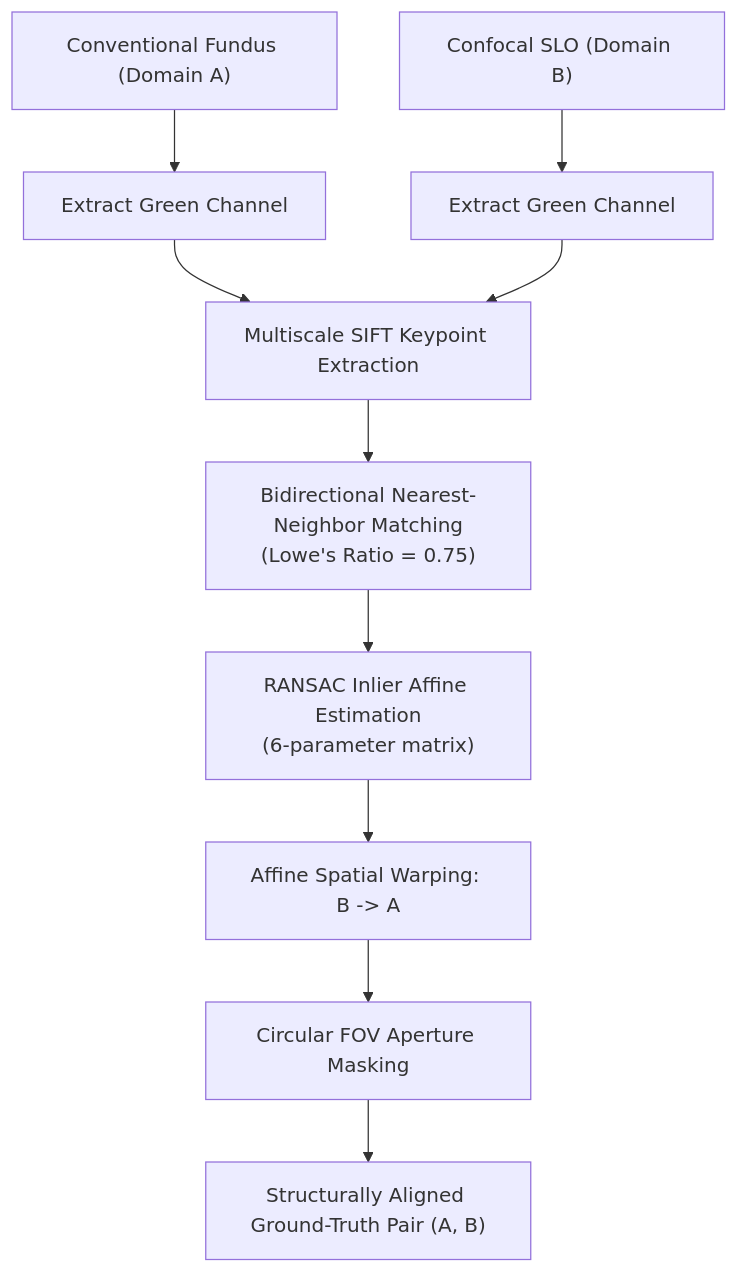
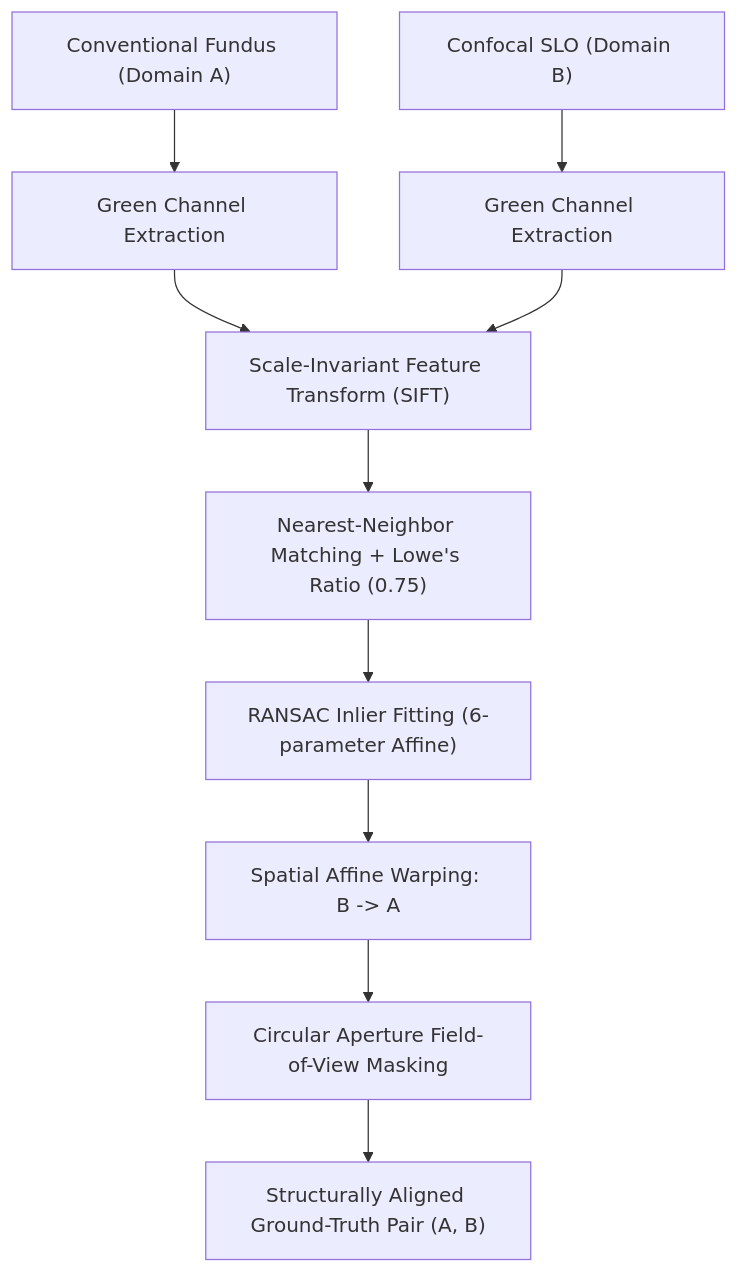
One commit to premsuggu/pytorch-CycleGAN-and-pix2pix changed the third of 4 diagrams in docs/topodlri/RESEARCH_PAPER.md. Above: the diagram before and after it, drawn with Mermaid. The commit also changed other lines of this file and 1 other file, not shown here.

````diff
--- a/docs/topodlri/RESEARCH_PAPER.md
+++ b/docs/topodlri/RESEARCH_PAPER.md
@@ -112,12 +134,12 @@
 ```mermaid
 flowchart TD
     FA["Conventional Fundus (Domain A)"] & FB["Confocal SLO (Domain B)"]
-    FA --> GA["Extract Green Channel"]
-    FB --> GB["Extract Green Channel"]
-    GA & GB --> SIFT["Multiscale SIFT Keypoint Extraction"]
-    SIFT --> MATCH["Bidirectional Nearest-Neighbor Matching<br>(Lowe's Ratio = 0.75)"]
-    MATCH --> RANSAC["RANSAC Inlier Affine Estimation<br>(6-parameter matrix)"]
-    RANSAC --> WARP["Affine Spatial Warping: B -> A"]
-    WARP --> FOV["Circular FOV Aperture Masking"]
+    FA --> GA["Green Channel Extraction"]
+    FB --> GB["Green Channel Extraction"]
+    GA & GB --> SIFT["Scale-Invariant Feature Transform (SIFT)"]
+    SIFT --> MATCH["Nearest-Neighbor Matching + Lowe's Ratio (0.75)"]
+    MATCH --> RANSAC["RANSAC Inlier Fitting (6-parameter Affine)"]
+    RANSAC --> WARP["Spatial Affine Warping: B -> A"]
+    WARP --> FOV["Circular Aperture Field-of-View Masking"]
     FOV --> PAIR["Structurally Aligned Ground-Truth Pair (A, B)"]
 ```
````
